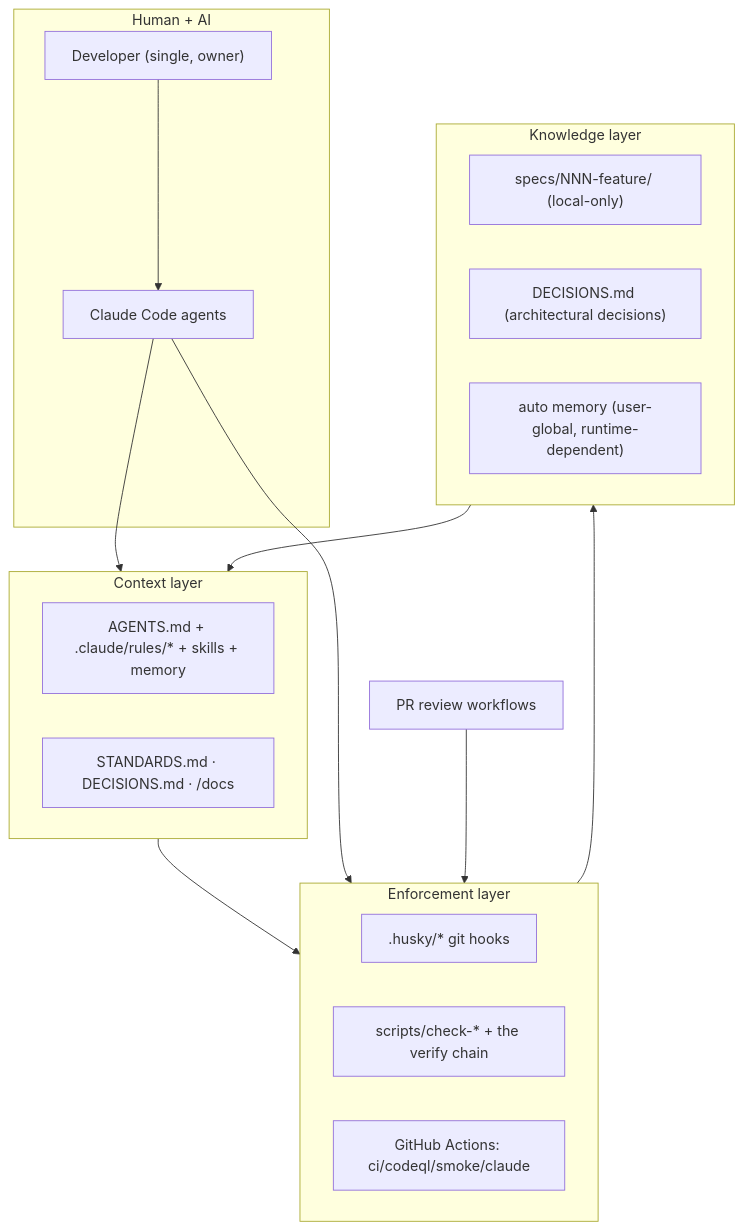
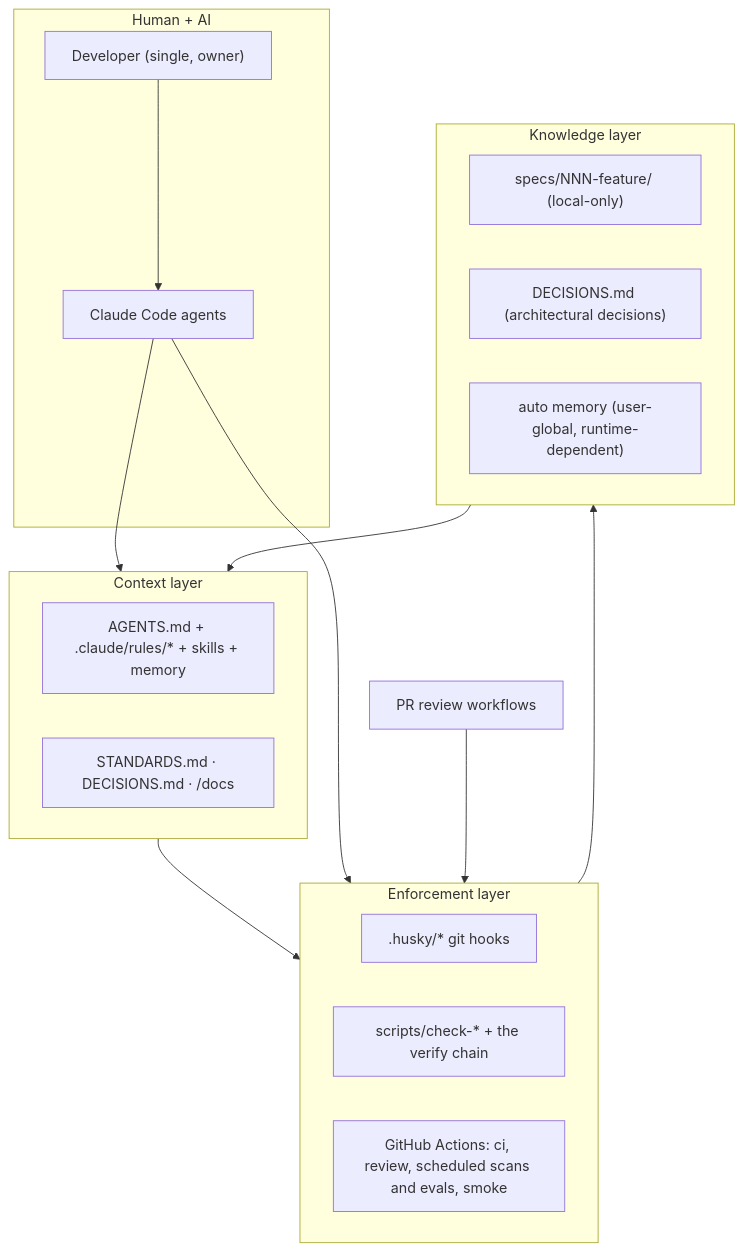
One commit to erikunha/portfolio changed the diagram in docs/handbook/README.md. Above: the diagram before and after it, drawn with Mermaid. The commit also changed 50 other files, not shown here.

````diff
--- a/docs/handbook/README.md
+++ b/docs/handbook/README.md
@@ -34,28 +34,28 @@
 ```mermaid
 flowchart TB
     subgraph people["Human + AI"]
         dev["Developer (single, owner)"]
         claude["Claude Code agents"]
     end
     subgraph context["Context layer"]
         cl["AGENTS.md + .claude/rules/* + skills + memory"]
         docs["STANDARDS.md · DECISIONS.md · /docs"]
     end
     subgraph enforce["Enforcement layer"]
         husky[".husky/* git hooks"]
         gates["scripts/check-* + the verify chain"]
-        ci["GitHub Actions: ci/codeql/smoke/claude"]
+        ci["GitHub Actions: ci, review, scheduled scans and evals, smoke"]
     end
     subgraph knowledge["Knowledge layer"]
         specs["specs/NNN-feature/ (local-only)"]
         adr["DECISIONS.md (architectural decisions)"]
         mem["auto memory (user-global, runtime-dependent)"]
     end
     dev --> claude
     claude --> context
     context --> enforce
     claude --> enforce
     review["PR review workflows"] --> enforce
     enforce --> knowledge
     knowledge --> context
 ```
````
